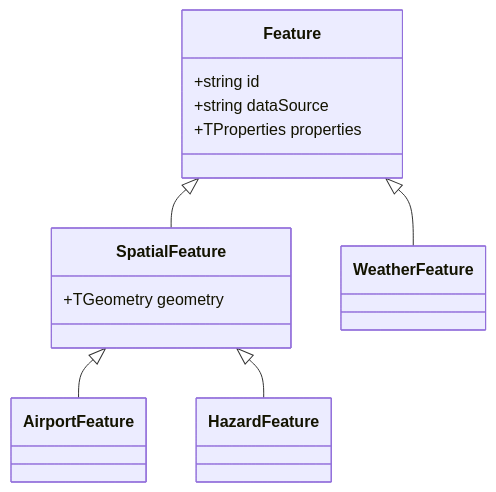
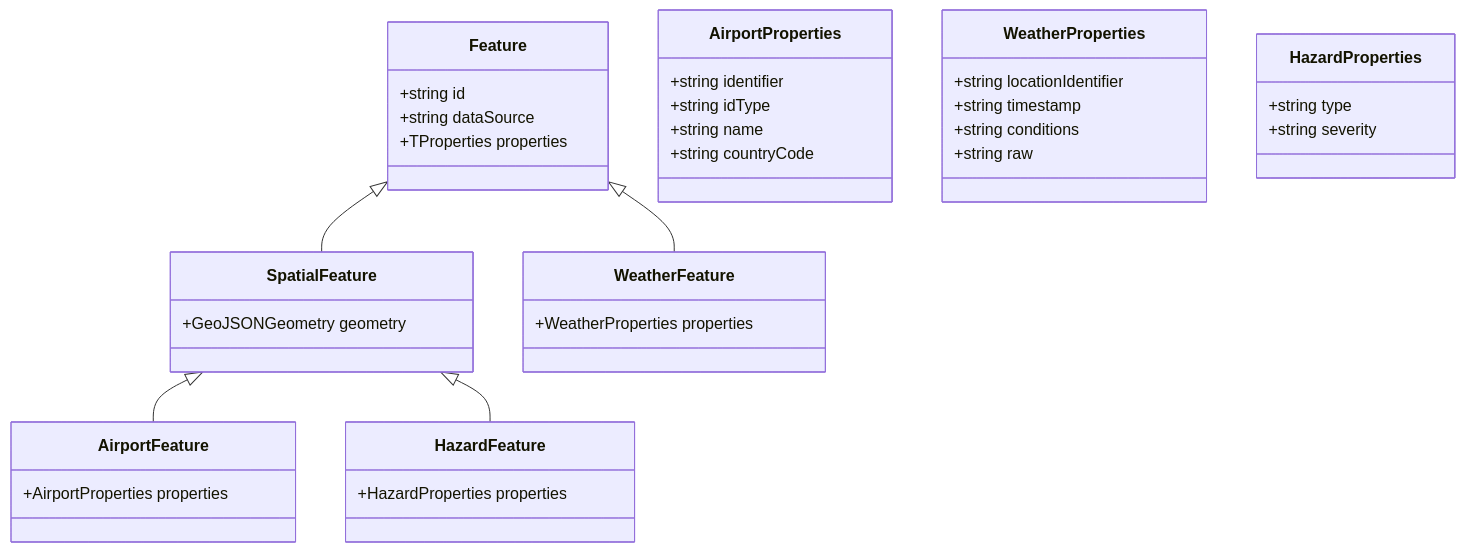
One commit to NicholasRestifo/SigmetSkyPath changed the first of 2 diagrams in docs/data_models.md. Above: the diagram before and after it, drawn with Mermaid. The commit also changed other lines of this file, not shown here.

Commit message:
update models doc

````diff
--- a/docs/data_models.md
+++ b/docs/data_models.md
@@ -63,16 +76,44 @@
 ```mermaid
 classDiagram
     class Feature {
         +string id
         +string dataSource
         +TProperties properties
     }
     class SpatialFeature {
-        +TGeometry geometry
+        +GeoJSONGeometry geometry
     }
+    
+    class AirportProperties {
+        +string identifier
+        +string idType
+        +string name
+        +string countryCode
+    }
+    class AirportFeature {
+        +AirportProperties properties
+    }
+    
+    class WeatherProperties {
+        +string locationIdentifier
+        +string timestamp
+        +string conditions
+        +string raw
+    }
+    class WeatherFeature {
+        +WeatherProperties properties
+    }
+    
+    class HazardProperties {
+        +string type
+        +string severity
+    }
+    class HazardFeature {
+        +HazardProperties properties
+    }
+
     Feature <|-- SpatialFeature
-    
     SpatialFeature <|-- AirportFeature
     SpatialFeature <|-- HazardFeature
     Feature <|-- WeatherFeature
 ```
````
